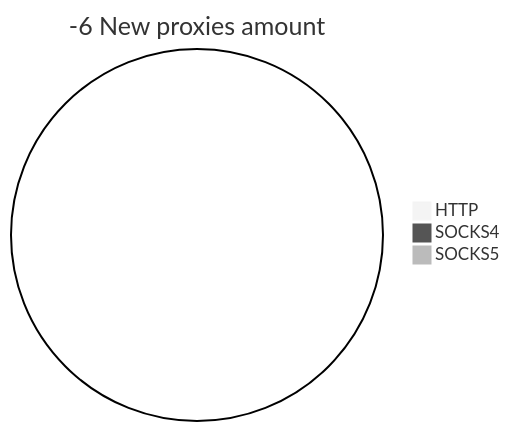
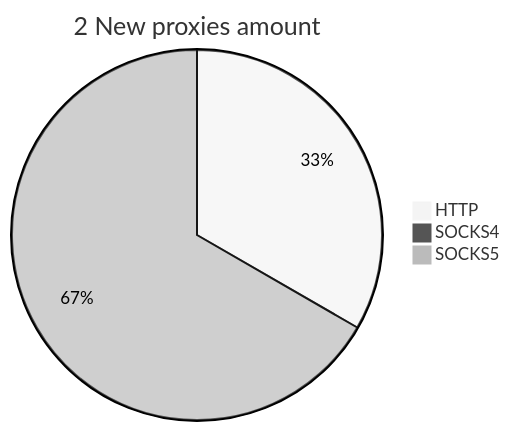
Before and after one commit to cutipu/proxylist: the second of 2 diagrams in README.md, drawn with Mermaid (neutral theme). The commit also changed other lines of this file, not shown here.

````diff
--- a/README.md
+++ b/README.md
@@ -10,6 +10,6 @@
 ```mermaid
-pie title -6 New proxies amount
-    "HTTP" : 0
+pie title 2 New proxies amount
+    "HTTP" : 1
     "SOCKS4" : 0
-    "SOCKS5" : 0
+    "SOCKS5" : 2
 ```
````
